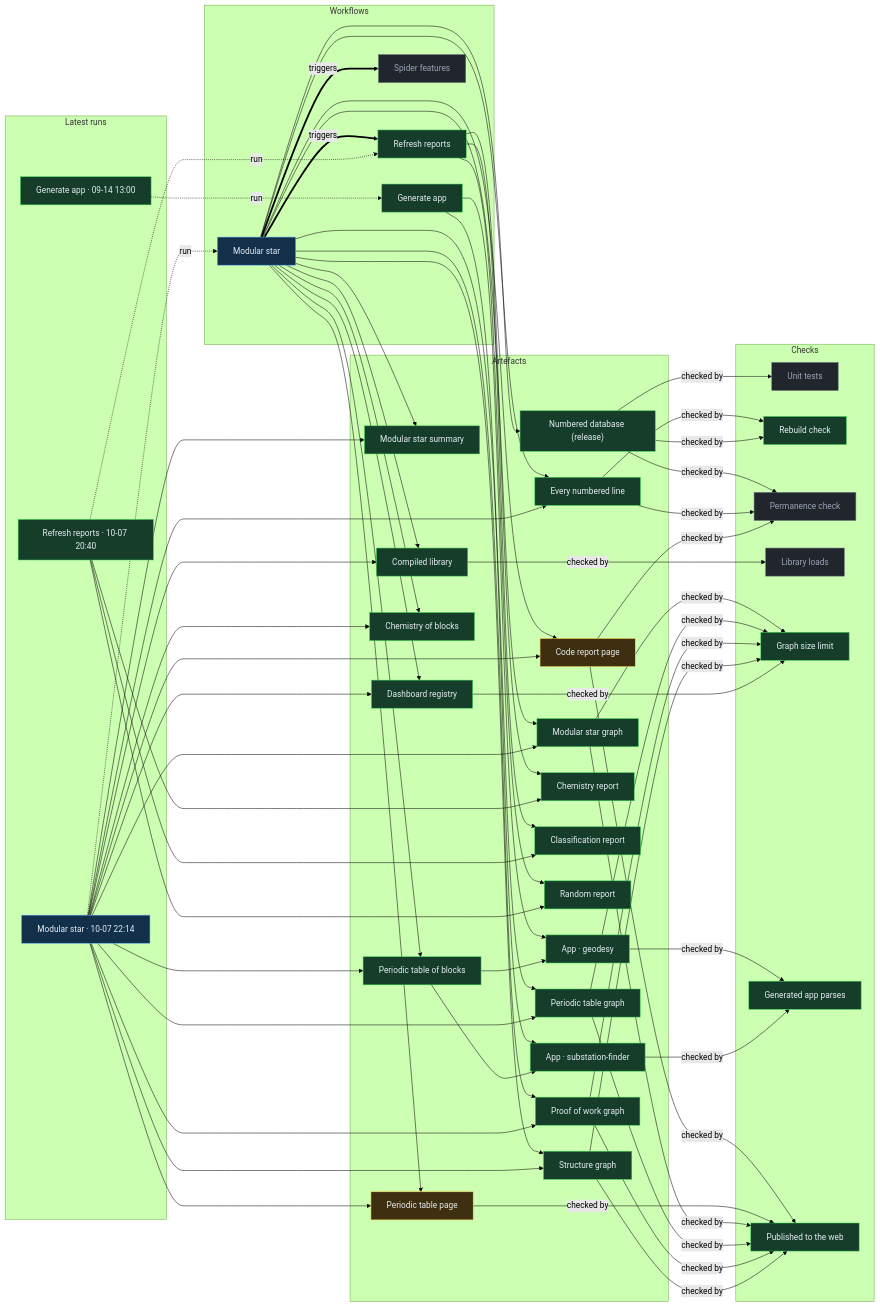
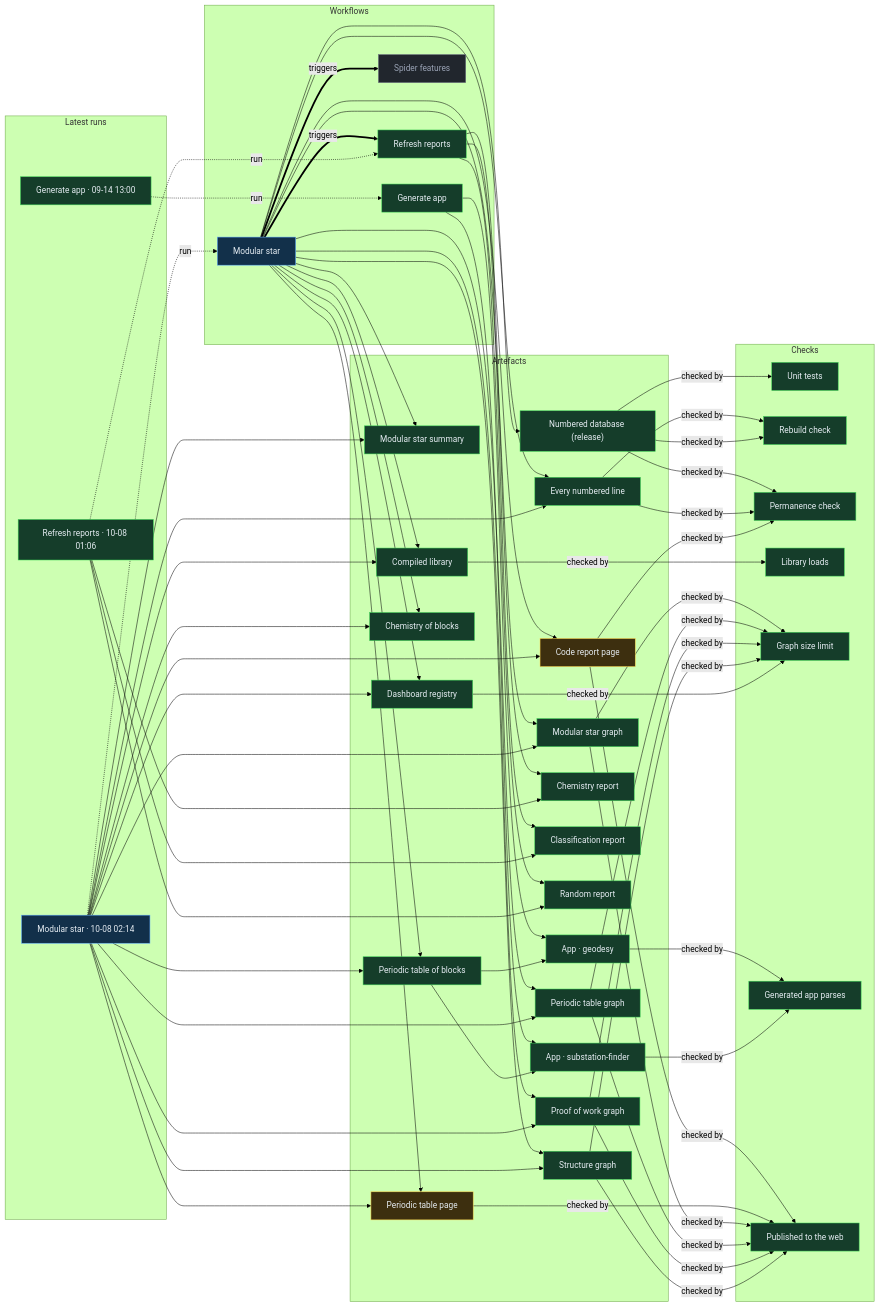
The diagram in proof/PROOF.md (Ventusltd/stars), drawn with Mermaid (forest theme) before and after one commit. The commit also changed other lines of this file and 44 other files, not shown here.

Commit message:
Modular star 2026-10-08T02:16Z

```diff
--- a/proof/PROOF.md
+++ b/proof/PROOF.md
@@ -24,8 +24,8 @@
   n_wf_spider_features["Spider features"]:::off
   end
   subgraph g_runs["Latest runs"]
-  n_run_37694901941["Modular star · 10-07 22:14"]:::live
-  n_run_37683833453["Refresh reports · 10-07 20:40"]:::ok
+  n_run_37716899300["Modular star · 10-08 02:14"]:::live
+  n_run_37711213376["Refresh reports · 10-08 01:06"]:::ok
   n_run_34846587798["Generate app · 09-14 13:00"]:::ok
   end
   subgraph g_artefacts["Artefacts"]
@@ -49,49 +49,49 @@
   n_app_substation_finder["App · substation-finder"]:::ok
   end
   subgraph g_checks["Checks"]
-  n_chk_tests["Unit tests"]:::off
+  n_chk_tests["Unit tests"]:::ok
   n_chk_rebuild["Rebuild check"]:::ok
-  n_chk_permanence["Permanence check"]:::off
-  n_chk_library["Library loads"]:::off
+  n_chk_permanence["Permanence check"]:::ok
+  n_chk_library["Library loads"]:::ok
   n_chk_size["Graph size limit"]:::ok
   n_chk_parses["Generated app parses"]:::ok
   n_chk_pages["Published to the web"]:::ok
   end
   n_wf_modular_star == triggers ==> n_wf_refresh
   n_wf_modular_star == triggers ==> n_wf_spider_features
-  n_run_37694901941 -. run .-> n_wf_modular_star
-  n_run_37683833453 -. run .-> n_wf_refresh
+  n_run_37716899300 -. run .-> n_wf_modular_star
+  n_run_37711213376 -. run .-> n_wf_refresh
   n_run_34846587798 -. run .-> n_wf_generate
   n_wf_modular_star --> n_art_summary
-  n_run_37694901941 --> n_art_summary
+  n_run_37716899300 --> n_art_summary
   n_wf_modular_star --> n_art_lines
-  n_run_37694901941 --> n_art_lines
+  n_run_37716899300 --> n_art_lines
   n_wf_modular_star --> n_art_code
-  n_run_37694901941 --> n_art_code
+  n_run_37716899300 --> n_art_code
   n_wf_modular_star --> n_art_modular_graph
-  n_run_37694901941 --> n_art_modular_graph
+  n_run_37716899300 --> n_art_modular_graph
   n_wf_modular_star --> n_art_blocks
-  n_run_37694901941 --> n_art_blocks
+  n_run_37716899300 --> n_art_blocks
   n_wf_modular_star --> n_art_table
-  n_run_37694901941 --> n_art_table
+  n_run_37716899300 --> n_art_table
   n_wf_modular_star --> n_art_blocks_graph
-  n_run_37694901941 --> n_art_blocks_graph
+  n_run_37716899300 --> n_art_blocks_graph
   n_wf_modular_star --> n_art_reactions
-  n_run_37694901941 --> n_art_reactions
+  n_run_37716899300 --> n_art_reactions
   n_wf_modular_star --> n_art_library
-  n_run_37694901941 --> n_art_library
+  n_run_37716899300 --> n_art_library
   n_wf_modular_star --> n_art_features
-  n_run_37694901941 --> n_art_features
+  n_run_37716899300 --> n_art_features
   n_wf_modular_star --> n_art_proof
-  n_run_37694901941 --> n_art_proof
+  n_run_37716899300 --> n_art_proof
   n_wf_modular_star --> n_art_structure
-  n_run_37694901941 --> n_art_structure
+  n_run_37716899300 --> n_art_structure
   n_wf_refresh --> n_art_chemistry
-  n_run_37683833453 --> n_art_chemistry
+  n_run_37711213376 --> n_art_chemistry
   n_wf_refresh --> n_art_vedic
-  n_run_37683833453 --> n_art_vedic
+  n_run_37711213376 --> n_art_vedic
   n_wf_refresh --> n_art_random
-  n_run_37683833453 --> n_art_random
+  n_run_37711213376 --> n_art_random
   n_wf_modular_star --> n_art_release
   n_wf_generate --> n_app_geodesy
   n_art_blocks --> n_app_geodesy
```
